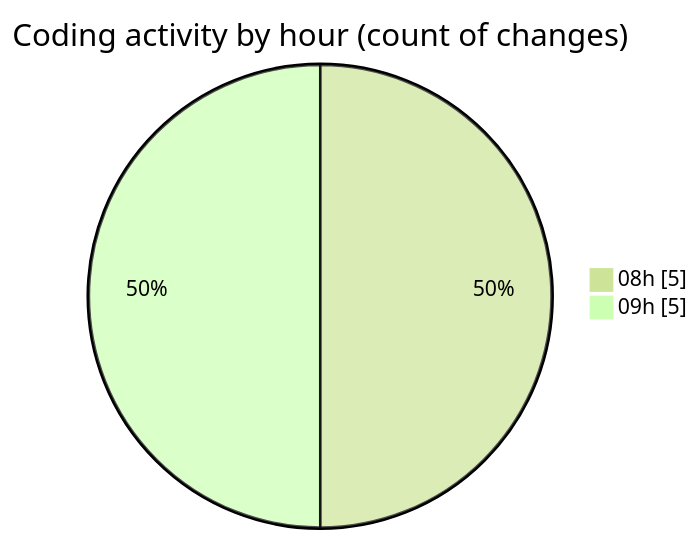
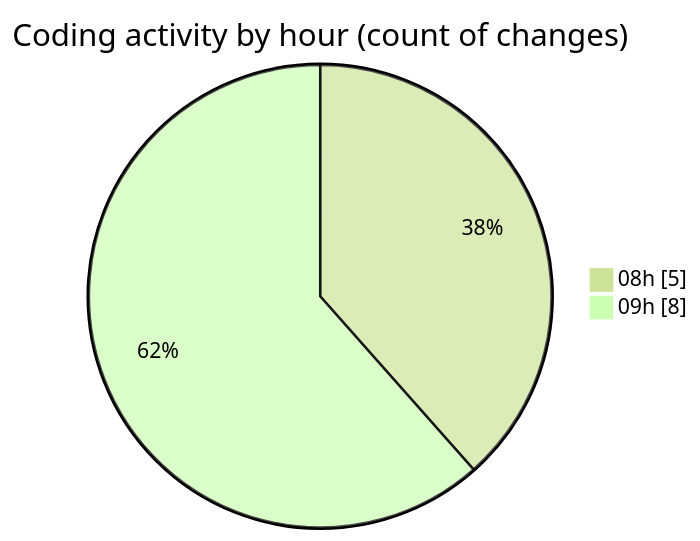
Before and after one commit to momahboobian/code-tracking: the second of 2 diagrams in 2025-11-24/cda/README.md, drawn with Mermaid (forest theme). The commit also changed other lines of this file and 1 other file, not shown here.

````diff
--- a/2025-11-24/cda/README.md
+++ b/2025-11-24/cda/README.md
@@ -33,6 +33,6 @@
 ```mermaid
 pie showData
 title Coding activity by hour (count of changes)
 "08h" : 5
-"09h" : 5
+"09h" : 8
 ```
````
